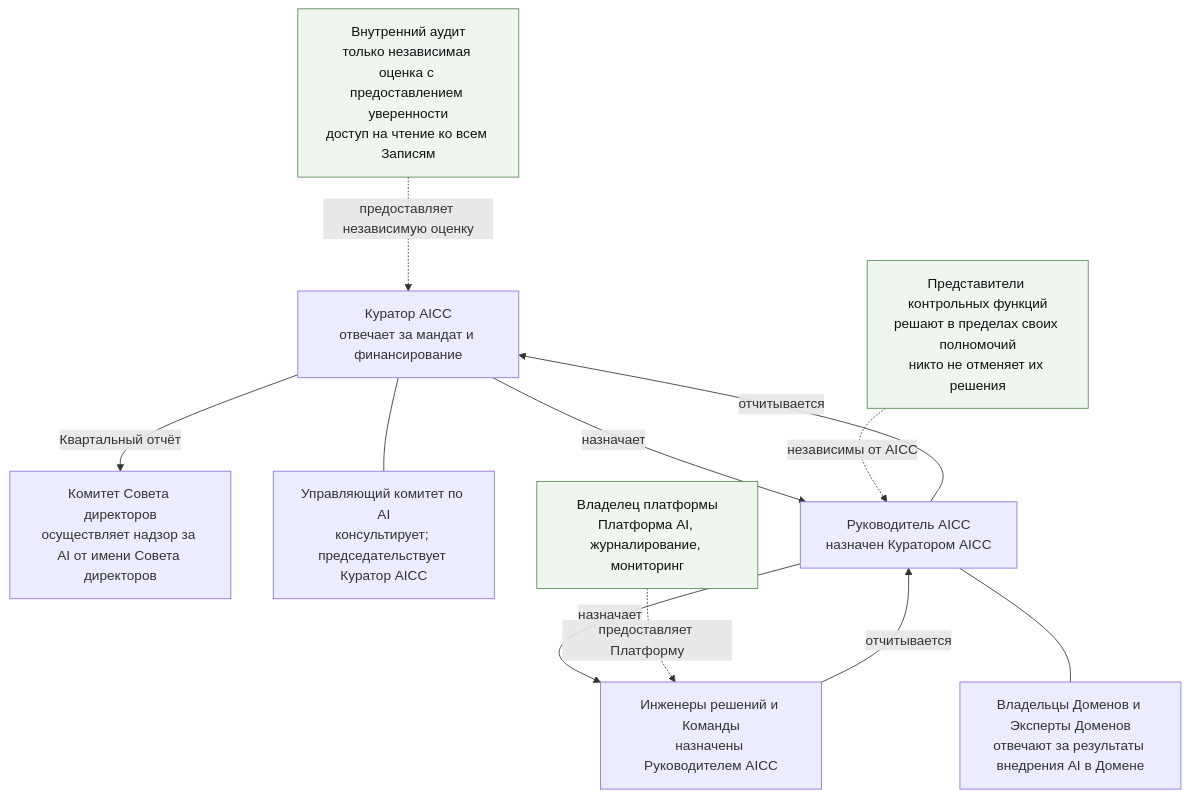
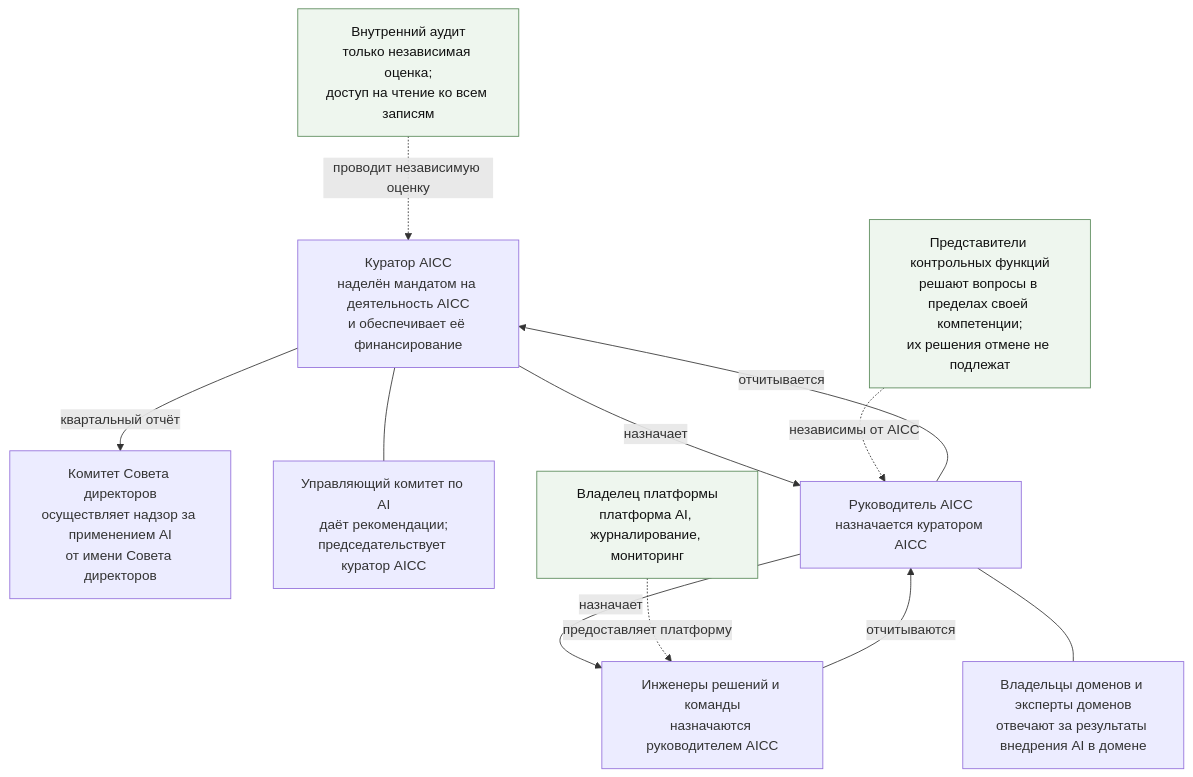
One commit to devhogu/ob-aicc changed the first of 3 diagrams in charter/ru/guides/unit-governance-guide.md. Above: the diagram before and after it, drawn with Mermaid. The commit also changed other lines of this file and 6 other files, not shown here.

````diff
--- a/charter/ru/guides/unit-governance-guide.md
+++ b/charter/ru/guides/unit-governance-guide.md
@@ -19,24 +19,24 @@
 ```mermaid
 flowchart TB
-  BD["Комитет Совета директоров<br/>осуществляет надзор за AI от имени Совета директоров"]
-  ES["Куратор AICC<br/>отвечает за мандат и финансирование"]
-  AS["Управляющий комитет по AI<br/>консультирует; председательствует Куратор AICC"]
-  AL["Руководитель AICC<br/>назначен Куратором AICC"]
-  TM["Инженеры решений и Команды<br/>назначены Руководителем AICC"]
-  DO["Владельцы Доменов и Эксперты Доменов<br/>отвечают за результаты внедрения AI в Домене"]
-  CF["Представители контрольных функций<br/>решают в пределах своих полномочий<br/>никто не отменяет их решения"]
-  PO["Владелец платформы<br/>Платформа AI, журналирование, мониторинг"]
-  IA["Внутренний аудит<br/>только независимая оценка с предоставлением уверенности<br/>доступ на чтение ко всем Записям"]
+  BD["Комитет Совета директоров<br/>осуществляет надзор за применением AI<br/>от имени Совета директоров"]
+  ES["Куратор AICC<br/>наделён мандатом на деятельность AICC<br/>и обеспечивает её финансирование"]
+  AS["Управляющий комитет по AI<br/>даёт рекомендации;<br/>председательствует куратор AICC"]
+  AL["Руководитель AICC<br/>назначается куратором AICC"]
+  TM["Инженеры решений и команды<br/>назначаются руководителем AICC"]
+  DO["Владельцы доменов и эксперты доменов<br/>отвечают за результаты внедрения AI в домене"]
+  CF["Представители контрольных функций<br/>решают вопросы в пределах своей компетенции;<br/>их решения отмене не подлежат"]
+  PO["Владелец платформы<br/>платформа AI, журналирование, мониторинг"]
+  IA["Внутренний аудит<br/>только независимая оценка;<br/>доступ на чтение ко всем записям"]
   ES -->|"назначает"| AL
   ES --- AS
   AL -->|"назначает"| TM
   AL --- DO
-  TM -->|"отчитывается"| AL
+  TM -->|"отчитываются"| AL
   AL -->|"отчитывается"| ES
-  ES -->|"Квартальный отчёт"| BD
+  ES -->|"квартальный отчёт"| BD
   CF -.->|"независимы от AICC"| AL
-  PO -.->|"предоставляет Платформу"| TM
-  IA -.->|"предоставляет независимую оценку"| ES
+  PO -.->|"предоставляет платформу"| TM
+  IA -.->|"проводит независимую оценку"| ES
   classDef ext fill:#eef6ee,stroke:#5a8a5a,color:#111
   class CF,PO,IA ext
 ```
````
